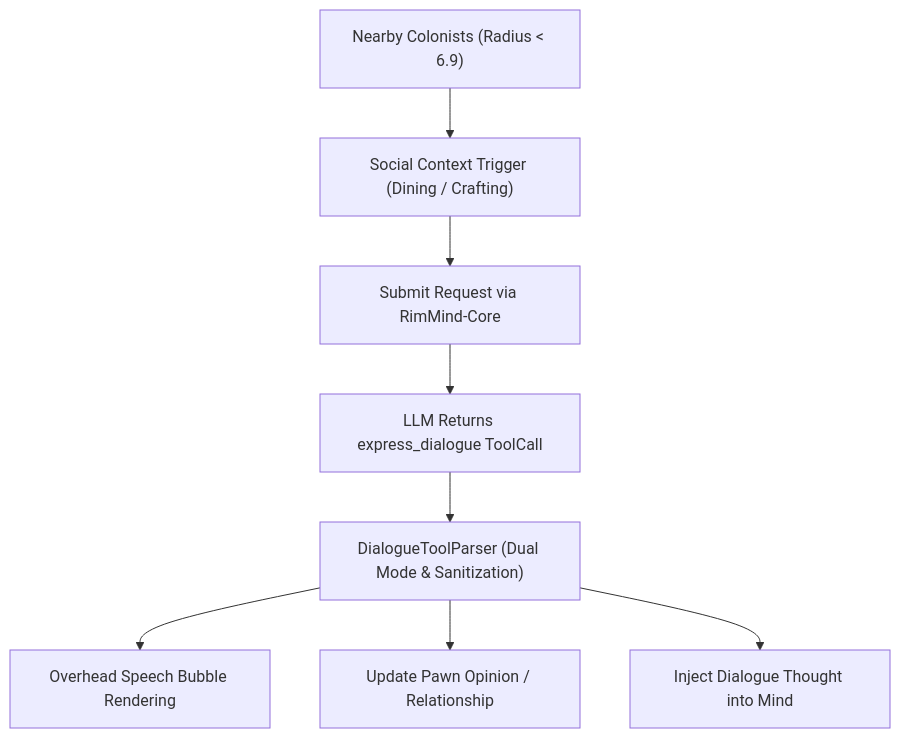
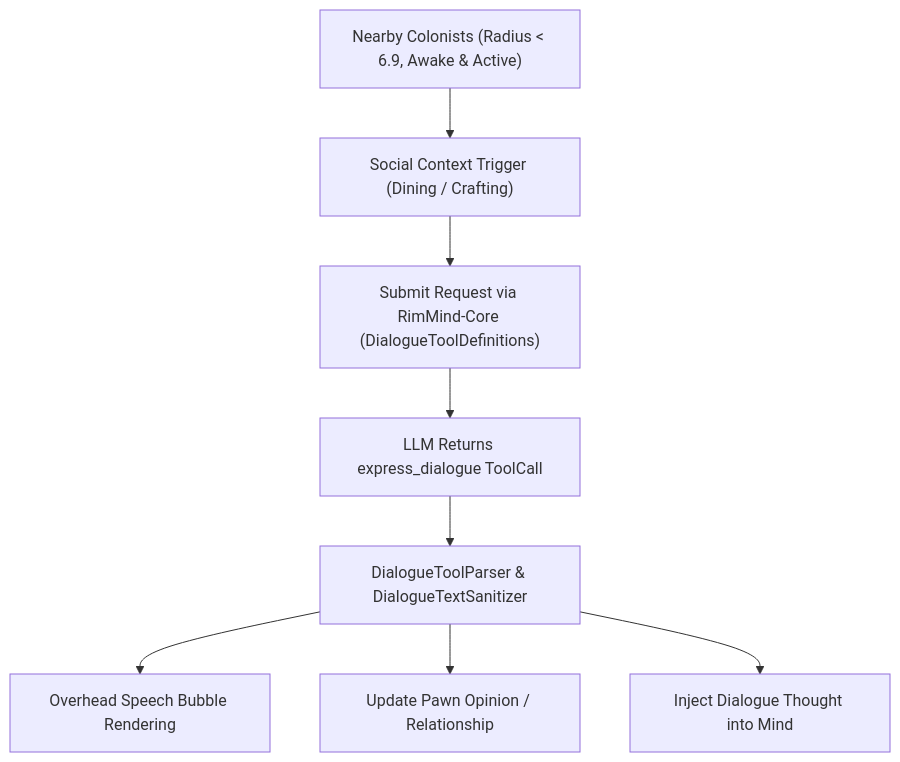
The diagram in README.md (RimWorld-RimMind-Mod/RimWorld-RimMind-Mod-Dialogue), drawn with Mermaid before and after one commit. The commit also changed other lines of this file and 16 other files, not shown here.

````diff
--- a/README.md
+++ b/README.md
@@ -42,10 +43,10 @@
 ```mermaid
 flowchart TD
-    NearbyPawns["Nearby Colonists (Radius < 6.9)"] --> Trigger["Social Context Trigger (Dining / Crafting)"]
-    Trigger --> CoreReq["Submit Request via RimMind-Core"]
+    NearbyPawns["Nearby Colonists (Radius < 6.9, Awake & Active)"] --> Trigger["Social Context Trigger (Dining / Crafting)"]
+    Trigger --> CoreReq["Submit Request via RimMind-Core (DialogueToolDefinitions)"]
     CoreReq --> ToolCall["LLM Returns express_dialogue ToolCall"]
-    ToolCall --> Parser["DialogueToolParser (Dual Mode & Sanitization)"]
+    ToolCall --> Parser["DialogueToolParser & DialogueTextSanitizer"]
     Parser --> Bubble["Overhead Speech Bubble Rendering"]
     Parser --> Social["Update Pawn Opinion / Relationship"]
     Parser --> Thought["Inject Dialogue Thought into Mind"]
 ```
````
